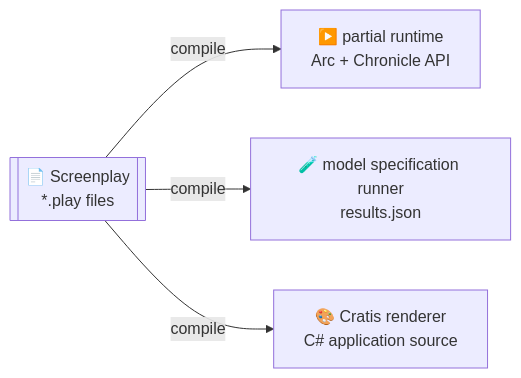
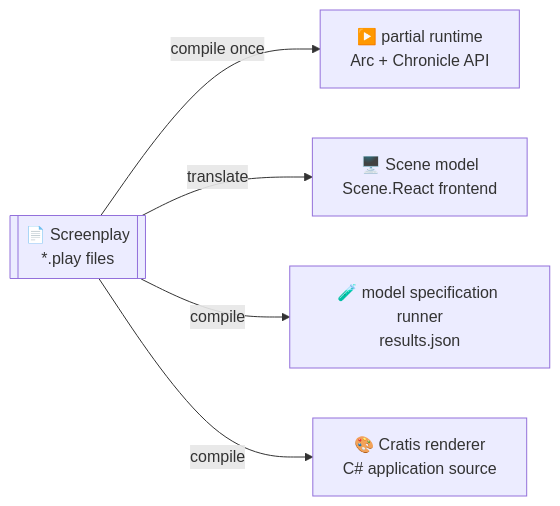
The diagram in README.md (Cratis/Stage), drawn with Mermaid before and after one commit. The commit also changed other lines of this file and 19 other files, not shown here.

Commit message:
Serve a Scene React frontend from Stage

````diff
--- a/README.md
+++ b/README.md
@@ -43,7 +45,8 @@
 ```mermaid
 flowchart LR
     Play[["📄 Screenplay<br/>*.play files"]]
-    Play -->|compile| Runtime["▶️ partial runtime<br/>Arc + Chronicle API"]
+    Play -->|compile once| Runtime["▶️ partial runtime<br/>Arc + Chronicle API"]
+    Play -->|translate| Scene["🖥️ Scene model<br/>Scene.React frontend"]
     Play -->|compile| Specs["🧪 model specification runner<br/>results.json"]
     Play -->|compile| Renderer["🎨 Cratis renderer<br/>C# application source"]
 ```
````
